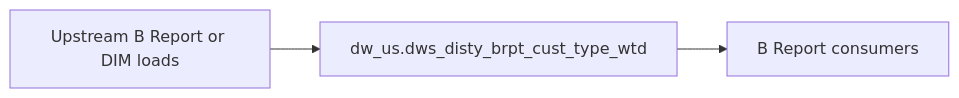
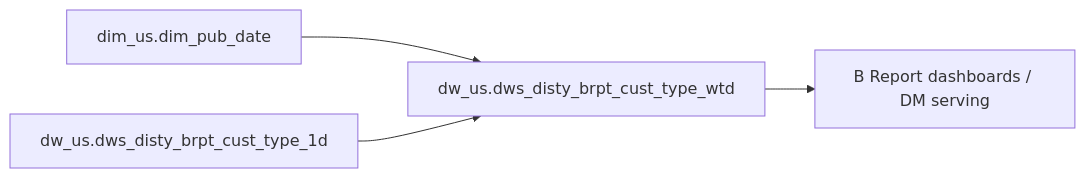
Before and after one commit to chengduhaha/data_agent: the diagram in backend/defaults/b_report/workspace/target/knowledgebase/b-report-us/dws_disty_brpt_cust_type_wtd.md, drawn with Mermaid. The commit also changed other lines of this file and 1108 other files, not shown here.

````diff
--- a/backend/defaults/b_report/workspace/target/knowledgebase/b-report-us/dws_disty_brpt_cust_type_wtd.md
+++ b/backend/defaults/b_report/workspace/target/knowledgebase/b-report-us/dws_disty_brpt_cust_type_wtd.md
@@ -146,8 +267,10 @@
 ```mermaid
 flowchart LR
-  upstream[Upstream B Report or DIM loads]
-  tgt["dw_us.dws_disty_brpt_cust_type_wtd"]
-  brpt[B Report consumers]
-  upstream --> tgt
-  tgt --> brpt
+  dw_us_dws_disty_brpt_cust_type_wtd["dw_us.dws_disty_brpt_cust_type_wtd"]
+  src0["dim_us.dim_pub_date"]
+  src0 --> dw_us_dws_disty_brpt_cust_type_wtd
+  src1["dw_us.dws_disty_brpt_cust_type_1d"]
+  src1 --> dw_us_dws_disty_brpt_cust_type_wtd
+  consumers["B Report dashboards / DM serving"]
+  dw_us_dws_disty_brpt_cust_type_wtd --> consumers
 ```
````
